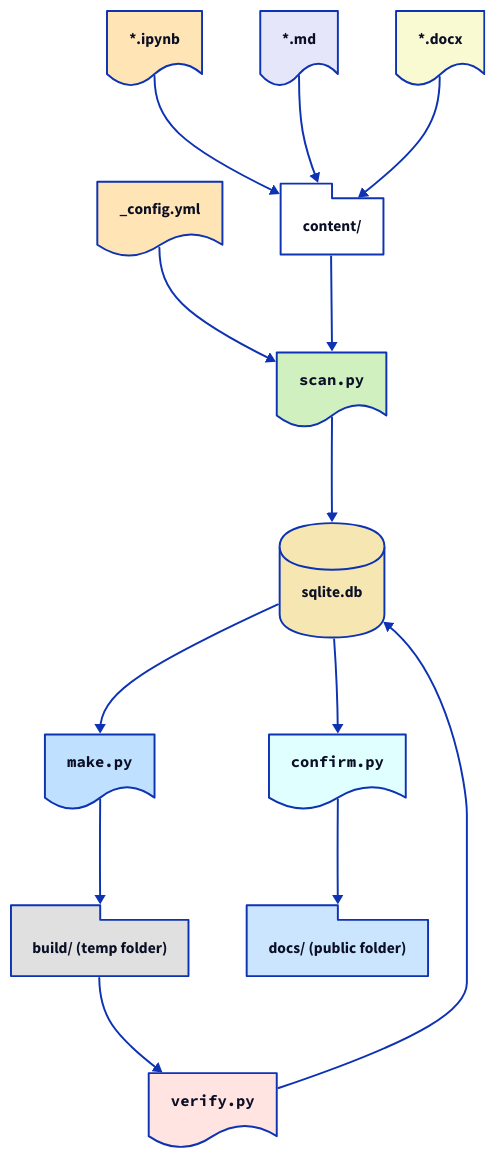
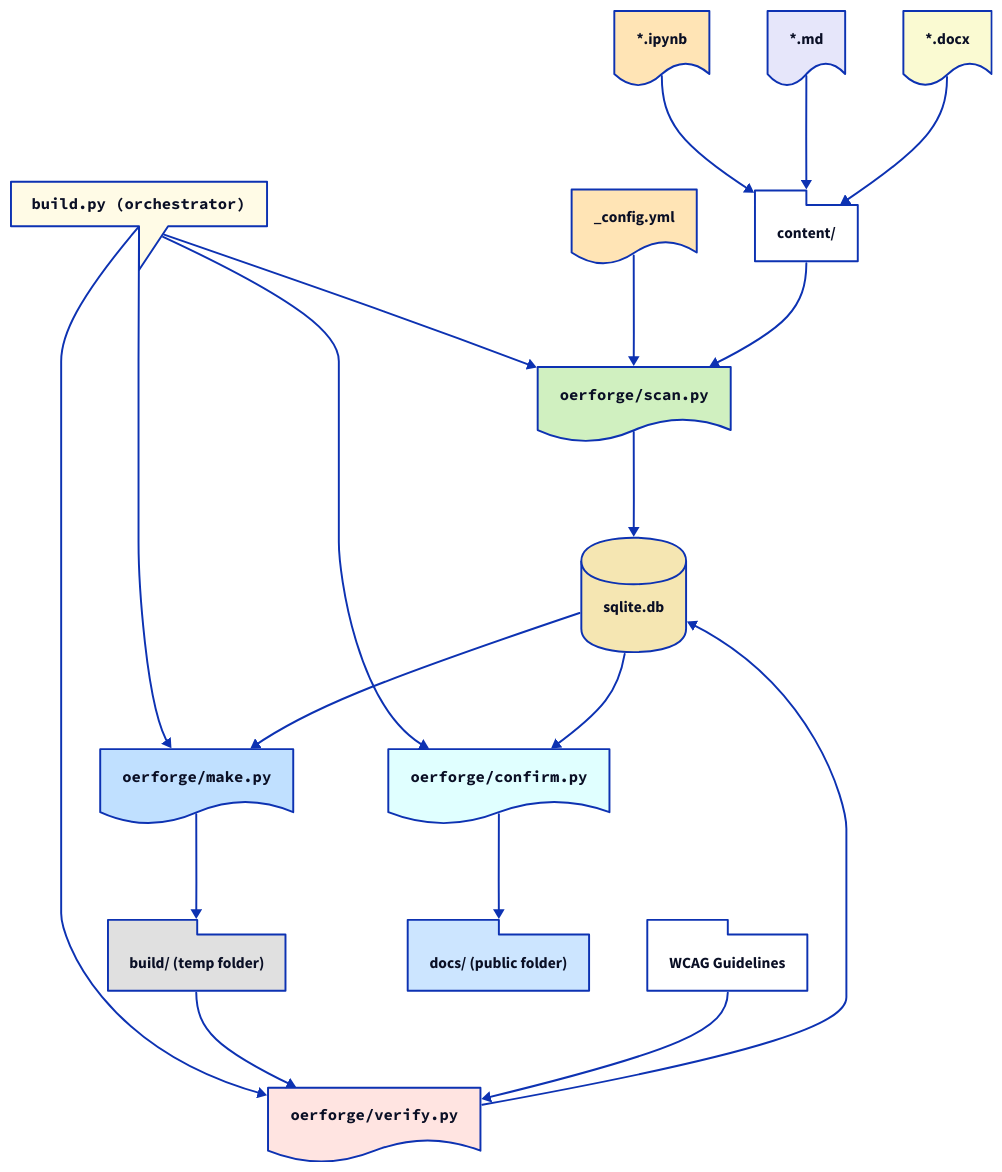
One commit to OER-Forge/oer-forge.github.io changed the diagram in documentation/src/overview.d2. Above: the diagram before and after it, drawn with D2. The commit also changed 2 other files, not shown here.

```diff
--- a/documentation/src/overview.d2
+++ b/documentation/src/overview.d2
@@ -1,116 +1,138 @@
 direction: down
 
 config: "_config.yml"
 
 config: {
     label: "_config.yml"
     shape: document
     style: {
     fill: "#ffe4b5"
   }
 }
 
 content: {
   label: "content/"
+  shape: package
+  style: {
+    fill: "#ffffff"
+  }
+}
+
+wcag: {
+  label: "WCAG Guidelines"
   shape: package
   style: {
     fill: "#ffffff"
   }
 }
 
 ipynb: {
   label: "*.ipynb"
   shape: document
   style: {
     fill: "#ffe4b5"
   }
 }
 md: {
   label: "*.md"
   shape: document
   style: {
     fill: "#e6e6fa"
   }
 }
 docx: {
   label: "*.docx"
   shape: document
   style: {
     fill: "#fafad2"
   }
 }
 
-ipynb -> content
-md -> content
-docx -> content
-
 sqlite_db: {
   label: "sqlite.db"
   shape: cylinder
   style: {
     fill: "#f5e6b2"
   }
 }
 
+build_py: {
+  label: "build.py (orchestrator)"
+  shape: callout
+  style: {
+    fill: "#fffbe6"
+    font: mono
+  }
+}
+
+build_py -> scan_py
+build_py -> make_py
+build_py -> verify_py
+build_py -> confirm_py
+
 scan_py: {
-  label: "scan.py"
+  label: "oerforge/scan.py"
   shape: document
   style: {
     fill: "#d0f0c0"
     font: mono
   }
 }
 
 make_py: {
-  label: "make.py"
+  label: "oerforge/make.py"
   shape: document
   style: {
     fill: "#c0e0ff"
     font: mono
   }
 }
 
 verify_py: {
-    label: "verify.py"
+    label: "oerforge/verify.py"
     shape: document
     style: {
         fill: "#ffe4e1"
         font: mono
     }
 }
 
 confirm_py: {
-    label: "confirm.py"
+    label: "oerforge/confirm.py"
     shape: document
     style: {
         fill: "#e0ffff"
         font: mono
     }
 }
 
 build: {
   label: "build/ (temp folder)"
   shape: package
   style: {
     fill: "#e0e0e0"
   }
 }
 
 docs: {
   label: "docs/ (public folder)"
   shape: package
   style: {
     fill: "#cce5ff"
   }
 }
 
 
+ipynb -> content
+md -> content
+docx -> content
 config -> scan_py
 content -> scan_py
 scan_py -> sqlite_db
 sqlite_db -> make_py
 make_py -> build
 build -> verify_py
 verify_py -> sqlite_db
 sqlite_db -> confirm_py
 confirm_py -> docs
+wcag -> verify_py
```
